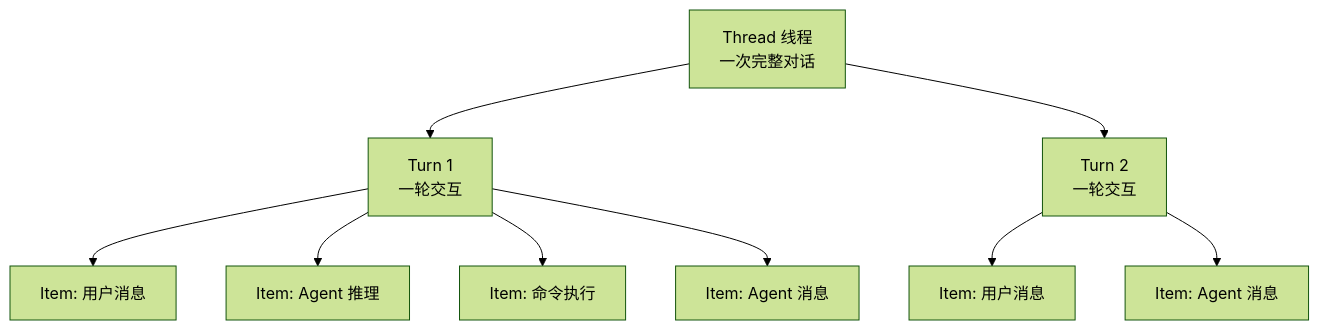
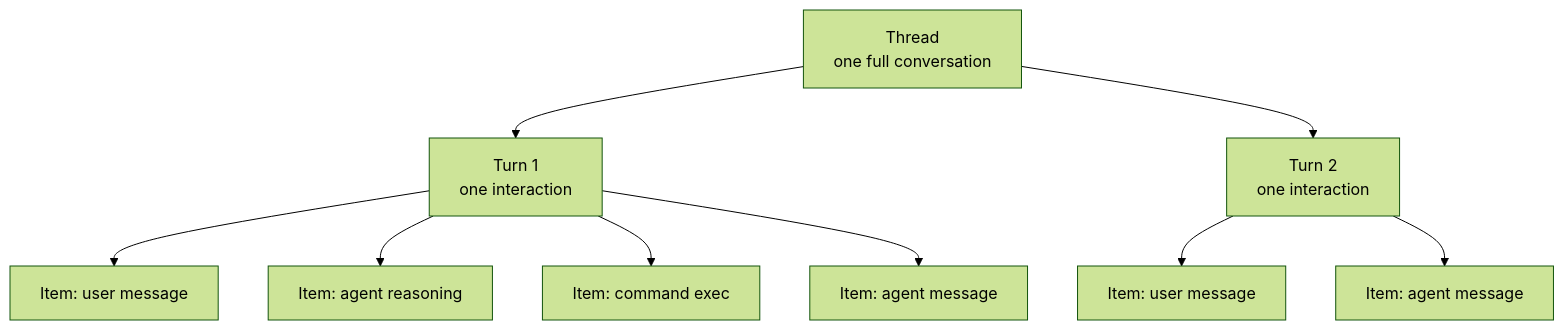
Before and after one commit to yibn2008/learn-codex: the second of 3 diagrams in wiki/10-sdk-protocol.md, drawn with Mermaid (forest theme). The commit also changed other lines of this file and 32 other files, not shown here.

````diff
--- a/wiki/10-sdk-protocol.md
+++ b/wiki/10-sdk-protocol.md
@@ -95,21 +97,21 @@
 ```mermaid
 graph TD
-    THREAD[Thread 线程<br/>一次完整对话]
-    TURN1[Turn 1<br/>一轮交互]
-    TURN2[Turn 2<br/>一轮交互]
-    I1[Item: 用户消息]
-    I2[Item: Agent 推理]
-    I3[Item: 命令执行]
-    I4[Item: Agent 消息]
-    I5[Item: 用户消息]
-    I6[Item: Agent 消息]
+    THREAD[Thread<br/>one full conversation]
+    TURN1[Turn 1<br/>one interaction]
+    TURN2[Turn 2<br/>one interaction]
+    I1[Item: user message]
+    I2[Item: agent reasoning]
+    I3[Item: command exec]
+    I4[Item: agent message]
+    I5[Item: user message]
+    I6[Item: agent message]
 
     THREAD --> TURN1
     THREAD --> TURN2
     TURN1 --> I1
     TURN1 --> I2
     TURN1 --> I3
     TURN1 --> I4
     TURN2 --> I5
     TURN2 --> I6
 ```
````
